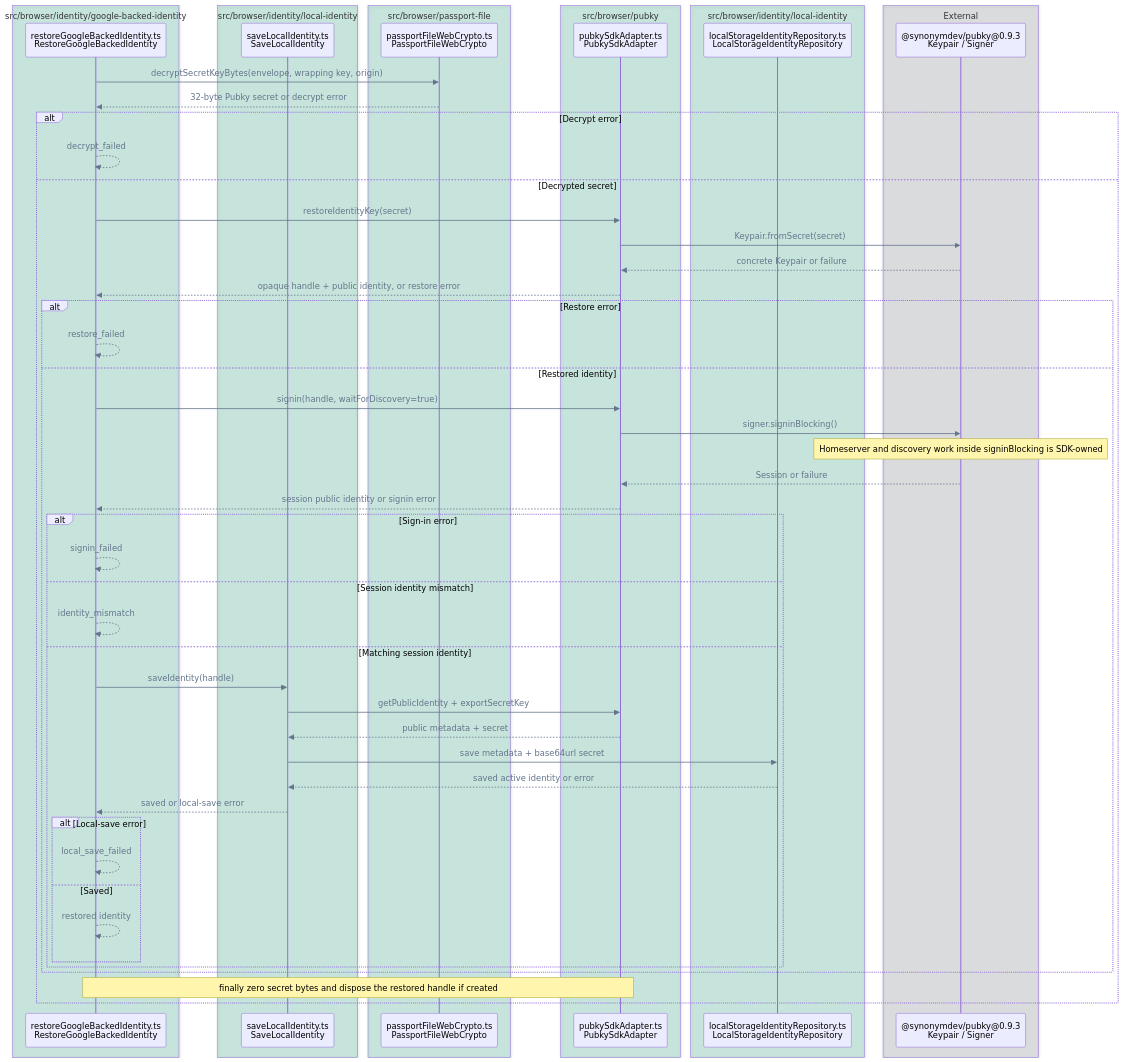
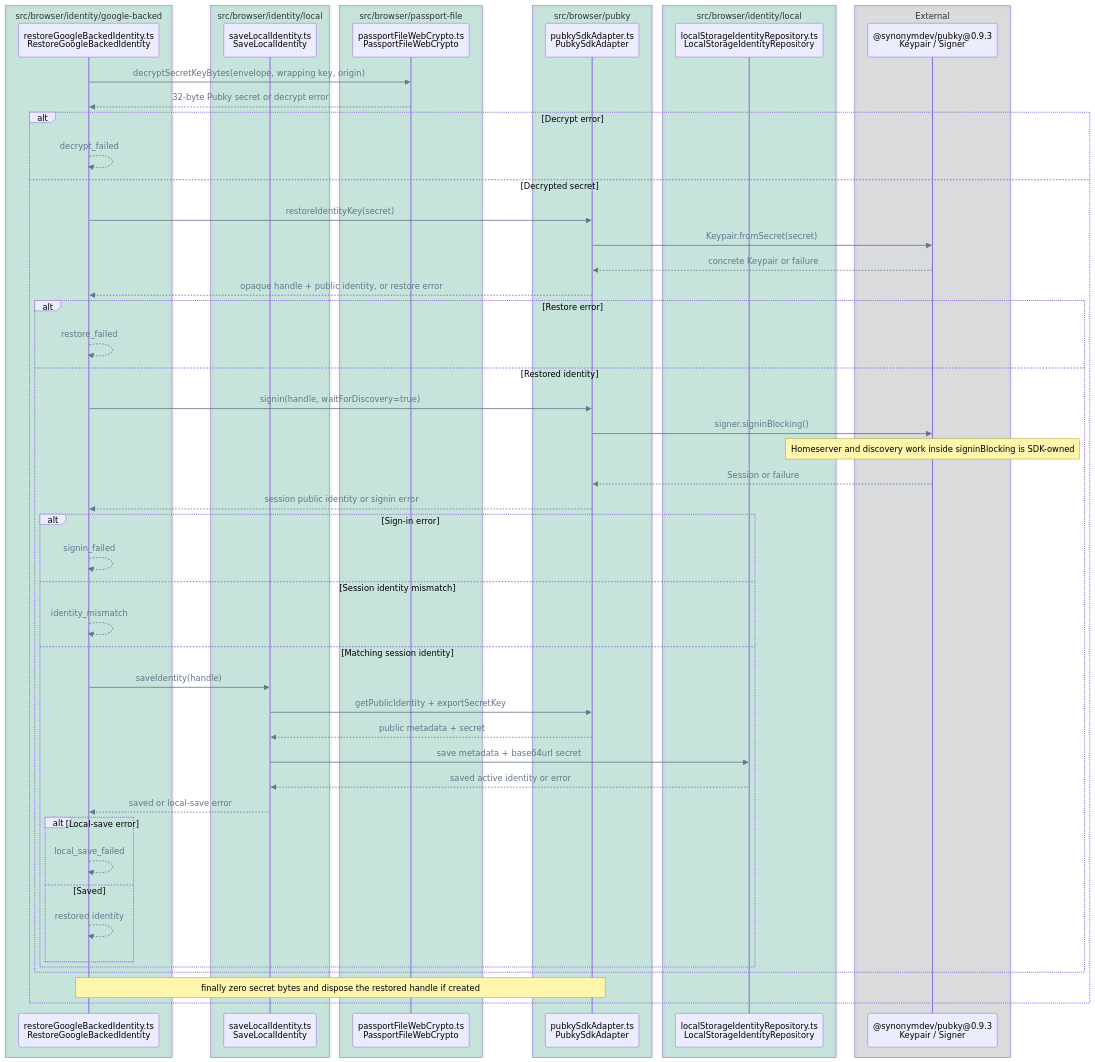
One commit to pubky/pubky-passport changed the ninth of 14 diagrams in FLOWS.md. Above: the diagram before and after it, drawn with Mermaid. The commit also changed other lines of this file and 25 other files, not shown here.

````diff
--- a/FLOWS.md
+++ b/FLOWS.md
@@ -456,62 +456,62 @@
 ```mermaid
 %%{init: {"themeVariables": {"signalColor": "#64748B", "signalTextColor": "#64748B"}}}%%
 sequenceDiagram
     accTitle: Existing identity restore call flow
     accDescr: Browser crypto decrypts the Passport file envelope, PubkySdkAdapter signs in with the restored key, and only a matching activated Pubky identity is saved locally; failures stop before later stages and cleanup runs after decryption succeeds.
-    box rgba(0, 158, 115, 0.18) src/browser/identity/google-backed-identity
+    box rgba(0, 158, 115, 0.18) src/browser/identity/google-backed
         participant Restore as restoreGoogleBackedIdentity.ts<br/>RestoreGoogleBackedIdentity
     end
-    box rgba(0, 158, 115, 0.18) src/browser/identity/local-identity
+    box rgba(0, 158, 115, 0.18) src/browser/identity/local
         participant Local as saveLocalIdentity.ts<br/>SaveLocalIdentity
     end
     box rgba(0, 158, 115, 0.18) src/browser/passport-file
         participant Crypto as passportFileWebCrypto.ts<br/>PassportFileWebCrypto
     end
     box rgba(0, 158, 115, 0.18) src/browser/pubky
         participant Pubky as pubkySdkAdapter.ts<br/>PubkySdkAdapter
     end
-    box rgba(0, 158, 115, 0.18) src/browser/identity/local-identity
+    box rgba(0, 158, 115, 0.18) src/browser/identity/local
         participant Repo as localStorageIdentityRepository.ts<br/>LocalStorageIdentityRepository
     end
     box rgba(17, 24, 39, 0.12) External
         participant SDK as @synonymdev/pubky@0.9.3<br/>Keypair / Signer
     end
 
     Restore->>Crypto: decryptSecretKeyBytes(envelope, wrapping key, origin)
     Crypto-->>Restore: 32-byte Pubky secret or decrypt error
     alt Decrypt error
         Restore-->>Restore: decrypt_failed
     else Decrypted secret
         Restore->>Pubky: restoreIdentityKey(secret)
         Pubky->>SDK: Keypair.fromSecret(secret)
         SDK-->>Pubky: concrete Keypair or failure
         Pubky-->>Restore: opaque handle + public identity, or restore error
         alt Restore error
             Restore-->>Restore: restore_failed
         else Restored identity
             Restore->>Pubky: signin(handle, waitForDiscovery=true)
             Pubky->>SDK: signer.signinBlocking()
             Note over SDK: Homeserver and discovery work inside signinBlocking is SDK-owned
             SDK-->>Pubky: Session or failure
             Pubky-->>Restore: session public identity or signin error
             alt Sign-in error
                 Restore-->>Restore: signin_failed
             else Session identity mismatch
                 Restore-->>Restore: identity_mismatch
             else Matching session identity
                 Restore->>Local: saveIdentity(handle)
                 Local->>Pubky: getPublicIdentity + exportSecretKey
                 Pubky-->>Local: public metadata + secret
                 Local->>Repo: save metadata + base64url secret
                 Repo-->>Local: saved active identity or error
                 Local-->>Restore: saved or local-save error
                 alt Local-save error
                     Restore-->>Restore: local_save_failed
                 else Saved
                     Restore-->>Restore: restored identity
                 end
             end
         end
         Note over Restore,Pubky: finally zero secret bytes and dispose the restored handle if created
     end
 ```
````
